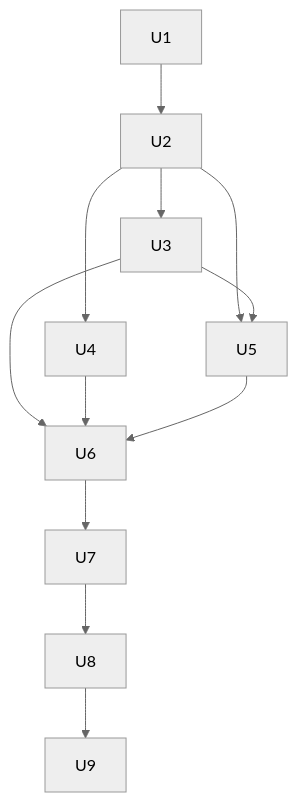
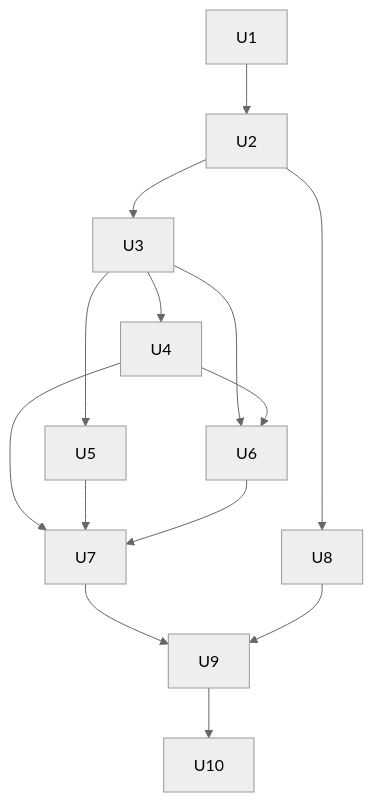
One commit to camunda/connectors changed the fifth of 5 diagrams in docs/plans/2026-10-05-1445-feat-ai-agent-otel-genai-tracing-plan.md. Above: the diagram before and after it, drawn with Mermaid (neutral theme). The commit also changed other lines of this file, not shown here.

````diff
--- a/docs/plans/2026-10-05-1445-feat-ai-agent-otel-genai-tracing-plan.md
+++ b/docs/plans/2026-10-05-1445-feat-ai-agent-otel-genai-tracing-plan.md
@@ -385,14 +408,16 @@
 ```mermaid
 flowchart TB
   U1 --> U2
   U2 --> U3
-  U2 --> U4
-  U2 --> U5
+  U2 --> U8
+  U3 --> U4
   U3 --> U5
   U3 --> U6
   U4 --> U6
-  U5 --> U6
+  U4 --> U7
+  U5 --> U7
   U6 --> U7
-  U7 --> U8
+  U7 --> U9
   U8 --> U9
+  U9 --> U10
 ```
````
